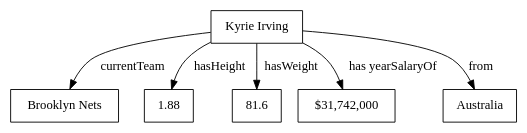
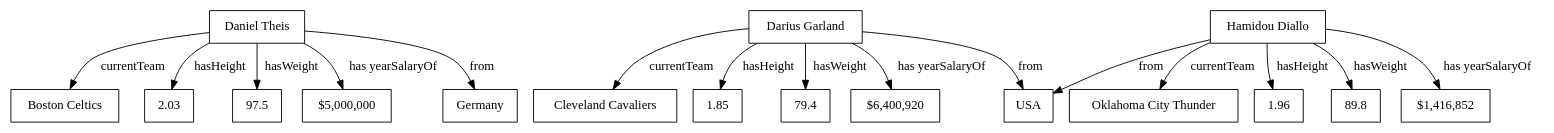
One commit to ikhsansdqq/NBA2k20-RDFGraph changed the diagram in test1/docs/dummy_player.dot. Above: the diagram before and after it, drawn with Graphviz. The commit also changed 3 other files, not shown here.

Commit message:
update graphviz

```diff
--- a/test1/docs/dummy_player.dot
+++ b/test1/docs/dummy_player.dot
@@ -1,9 +1,22 @@
 digraph G {
     node [shape=box];
 
-    "Kyrie Irving" -> "Brooklyn Nets" [label="currentTeam"];
-    "Kyrie Irving" -> "1.88" [label="hasHeight"];
-    "Kyrie Irving" -> "81.6" [label="hasWeight"];
-    "Kyrie Irving" -> "$31,742,000" [label="has yearSalaryOf"];
-    "Kyrie Irving" -> "Australia" [label="from"];
+    "Daniel Theis" -> "Boston Celtics" [label="currentTeam"];
+    "Daniel Theis" -> "2.03" [label="hasHeight"];
+    "Daniel Theis" -> "97.5" [label="hasWeight"];
+    "Daniel Theis" -> "$5,000,000" [label="has yearSalaryOf"];
+    "Daniel Theis" -> "Germany" [label="from"];
+
+    "Darius Garland" -> "Cleveland Cavaliers" [label="currentTeam"];
+    "Darius Garland" -> "1.85" [label="hasHeight"];
+    "Darius Garland" -> "79.4" [label="hasWeight"];
+    "Darius Garland" -> "$6,400,920" [label="has yearSalaryOf"];
+    "Darius Garland" -> "USA" [label="from"];
+
+    "Hamidou Diallo" -> "Oklahoma City Thunder" [label="currentTeam"];
+    "Hamidou Diallo" -> "1.96" [label="hasHeight"];
+    "Hamidou Diallo" -> "89.8" [label="hasWeight"];
+    "Hamidou Diallo" -> "$1,416,852" [label="has yearSalaryOf"];
+    "Hamidou Diallo" -> "USA" [label="from"];
+
 }
```
